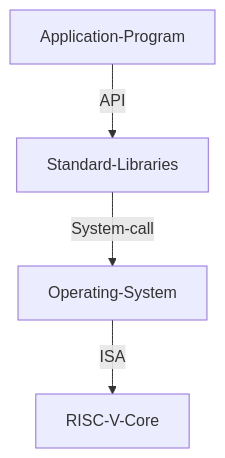
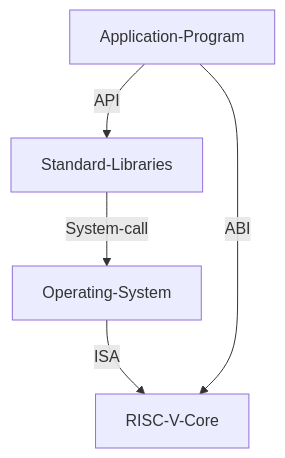
One commit to NAvi349/riscv-myth-ws changed the diagram in README.md. Above: the diagram before and after it, drawn with Mermaid. The commit also changed other lines of this file, not shown here.

````diff
--- a/README.md
+++ b/README.md
@@ -134,8 +136,9 @@
 ```mermaid
 
 graph TD
-Application-Program -->|API| Standard-Libraries
+A[Application-Program] -->|API| Standard-Libraries
 Standard-Libraries -->|System-call| Operating-System
 Operating-System -->|ISA| RISC-V-Core
 
+A -->|ABI| RISC-V-Core
 ```
````
